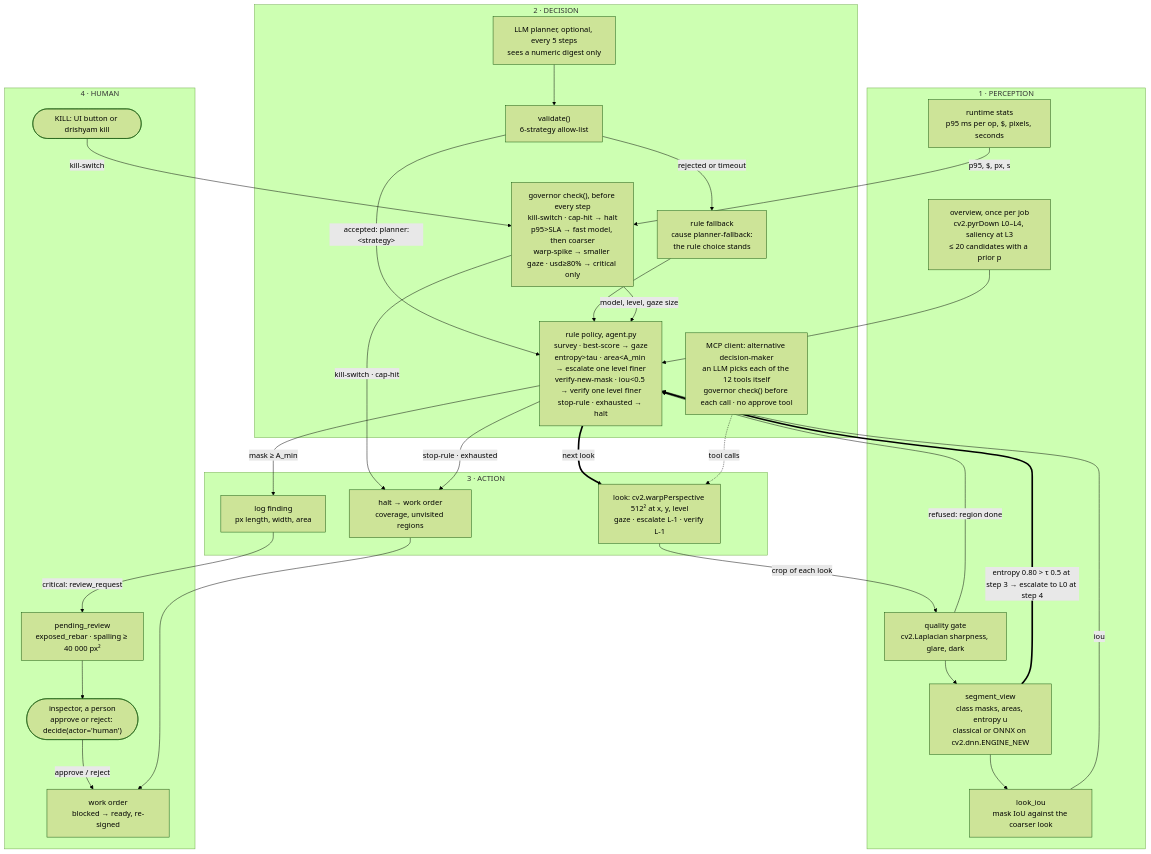
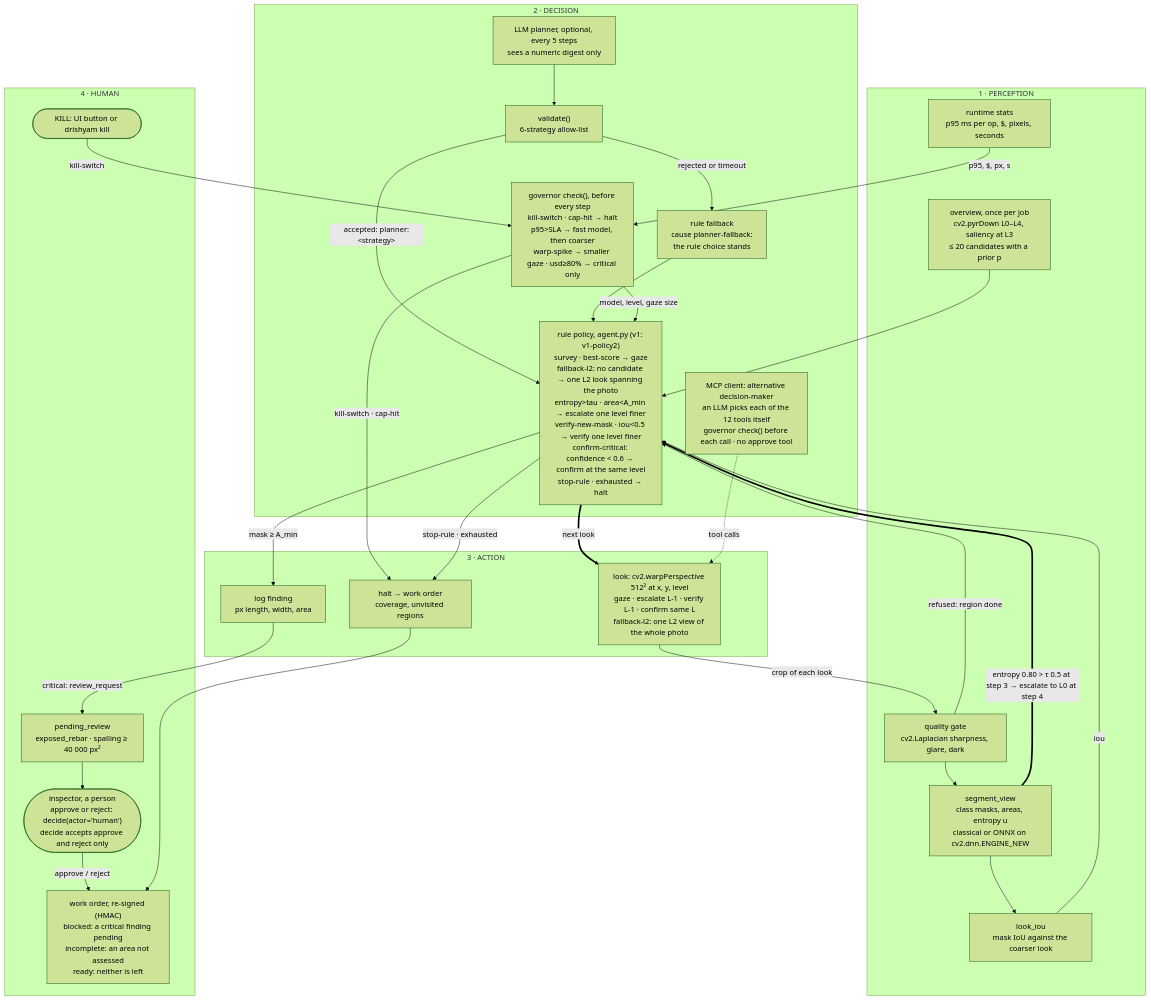
One commit to vj-io/drishyam changed the diagram in docs/agent-loop.mmd. Above: the diagram before and after it, drawn with Mermaid (forest theme). The commit also changed 7 other files, not shown here.

First line of the commit message:
docs: architecture and agent-loop figures at REV 1.1.1 (6e0a6cd)

```diff
--- a/docs/agent-loop.mmd
+++ b/docs/agent-loop.mmd
@@ -1,58 +1,61 @@
 %% Drishyam agent loop: the same content as docs/agent-loop.svg.
 %% Edge labels in the DECISION group are the literal trace `cause` strings in drishyam/agent.py and governor.py.
 %% The thick edge is a measured step from one deterministic run of
 %% tests/test_agent.py::test_opencv_output_changes_the_next_tool_call (conftest scene, FakeClock, pixel_cap=1.0):
 %% step 3 measured entropy 0.80 at L1, so step 4 escalated to L0 with cause entropy>tau.
 %% PERCEPTION = OpenCV measurements; every DECISION step records a cause; HUMAN is the only path out of pending_review.
+%% v1-policy2 (v1's live look policy): grid first looks, exposed rebar and spalling 2x in s, a critical mask under
+%% confidence 0.6 held for one confirm-critical look (else needs-a-look for a person), critical findings of one class merged.
+%% REV 1.1.1 (2026-10-22).
 flowchart TB
     subgraph PERCEPTION["1 · PERCEPTION"]
         OV["overview, once per job<br/>cv2.pyrDown L0–L4, saliency at L3<br/>≤ 20 candidates with a prior p"]
         QG["quality gate<br/>cv2.Laplacian sharpness, glare, dark"]
         SEG["segment_view<br/>class masks, areas, entropy u<br/>classical or ONNX on cv2.dnn.ENGINE_NEW"]
         VER["look_iou<br/>mask IoU against the coarser look"]
         RT["runtime stats<br/>p95 ms per op, $, pixels, seconds"]
         QG --> SEG --> VER
     end
 
     subgraph DECISION["2 · DECISION"]
         GOV["governor check(), before every step<br/>kill-switch · cap-hit → halt<br/>p95#gt;SLA → fast model, then coarser<br/>warp-spike → smaller gaze · usd≥80% → critical only"]
-        RULE["rule policy, agent.py<br/>survey · best-score → gaze<br/>entropy#gt;tau · area#lt;A_min → escalate one level finer<br/>verify-new-mask · iou#lt;0.5 → verify one level finer<br/>stop-rule · exhausted → halt"]
+        RULE["rule policy, agent.py (v1: v1-policy2)<br/>survey · best-score → gaze<br/>fallback-l2: no candidate → one L2 look spanning the photo<br/>entropy#gt;tau · area#lt;A_min → escalate one level finer<br/>verify-new-mask · iou#lt;0.5 → verify one level finer<br/>confirm-critical: confidence #lt; 0.6 → confirm at the same level<br/>stop-rule · exhausted → halt"]
         LLM["LLM planner, optional, every 5 steps<br/>sees a numeric digest only"]
         VAL["validate()<br/>6-strategy allow-list"]
         FB["rule fallback<br/>cause planner-fallback:<br/>the rule choice stands"]
         MCP["MCP client: alternative decision-maker<br/>an LLM picks each of the 12 tools itself<br/>governor check() before each call · no approve tool"]
         LLM --> VAL
         VAL -->|"accepted: planner:#lt;strategy#gt;"| RULE
         VAL -->|"rejected or timeout"| FB --> RULE
     end
 
     subgraph ACTION["3 · ACTION"]
-        LOOK["look: cv2.warpPerspective 512² at x, y, level<br/>gaze · escalate L-1 · verify L-1"]
+        LOOK["look: cv2.warpPerspective 512² at x, y, level<br/>gaze · escalate L-1 · verify L-1 · confirm same L<br/>fallback-l2: one L2 view of the whole photo"]
         FIND["log finding<br/>px length, width, area"]
         HALT["halt → work order<br/>coverage, unvisited regions"]
     end
 
     subgraph HUMAN["4 · HUMAN"]
         PEND["pending_review<br/>exposed_rebar · spalling ≥ 40 000 px²"]
-        INSP(["inspector, a person<br/>approve or reject: decide(actor='human')"])
-        WO["work order<br/>blocked → ready, re-signed"]
+        INSP(["inspector, a person<br/>approve or reject: decide(actor='human')<br/>decide accepts approve and reject only"])
+        WO["work order, re-signed (HMAC)<br/>blocked: a critical finding pending<br/>incomplete: an area not assessed<br/>ready: neither is left"]
         KILL(["KILL: UI button or drishyam kill"])
     end
 
     OV --> RULE
     QG -->|"refused: region done"| RULE
     SEG ==>|"entropy 0.80 #gt; τ 0.5 at step 3 → escalate to L0 at step 4"| RULE
     VER -->|"iou"| RULE
     RT -->|"p95, $, px, s"| GOV
     GOV -->|"model, level, gaze size"| RULE
     GOV -->|"kill-switch · cap-hit"| HALT
     RULE ==>|"next look"| LOOK
     RULE -->|"mask ≥ A_min"| FIND
     RULE -->|"stop-rule · exhausted"| HALT
     MCP -.->|"tool calls"| LOOK
     FIND -->|"critical: review_request"| PEND
     PEND --> INSP
     INSP -->|"approve / reject"| WO
     HALT --> WO
     KILL -->|"kill-switch"| GOV
     LOOK -->|"crop of each look"| QG
```
